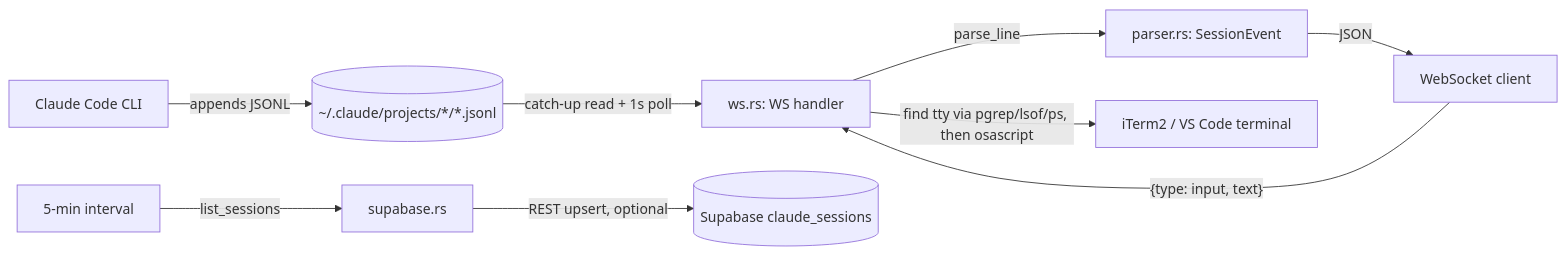
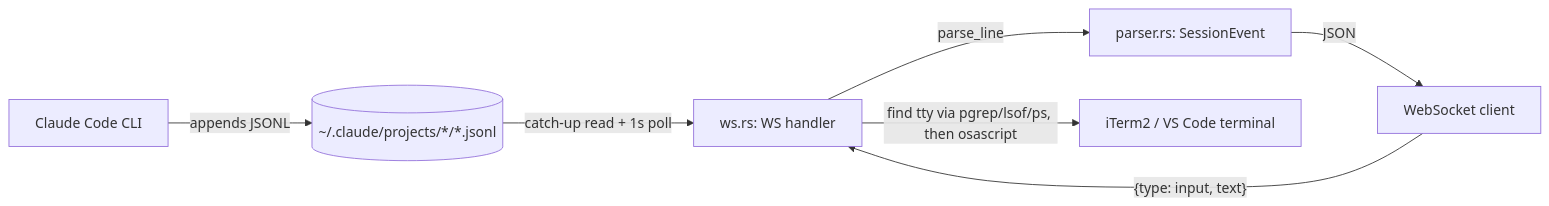
Before and after one commit to bunlongheng/claude-live: the diagram in README.md, drawn with Mermaid. The commit also changed other lines of this file and 6 other files, not shown here.

Commit message:
Remove optional Supabase sync

````diff
--- a/README.md
+++ b/README.md
@@ -43,11 +42,9 @@
 ```mermaid
 flowchart LR
     CC[Claude Code CLI] -->|appends JSONL| F[(~/.claude/projects/*/*.jsonl)]
     F -->|catch-up read + 1s poll| WS[ws.rs: WS handler]
     WS -->|parse_line| P[parser.rs: SessionEvent]
     P -->|JSON| Client[WebSocket client]
     Client -->|"{type: input, text}"| WS
     WS -->|find tty via pgrep/lsof/ps, then osascript| TTY[iTerm2 / VS Code terminal]
-    Sched[5-min interval] -->|list_sessions| SB[supabase.rs]
-    SB -->|REST upsert, optional| DB[(Supabase claude_sessions)]
 ```
````
